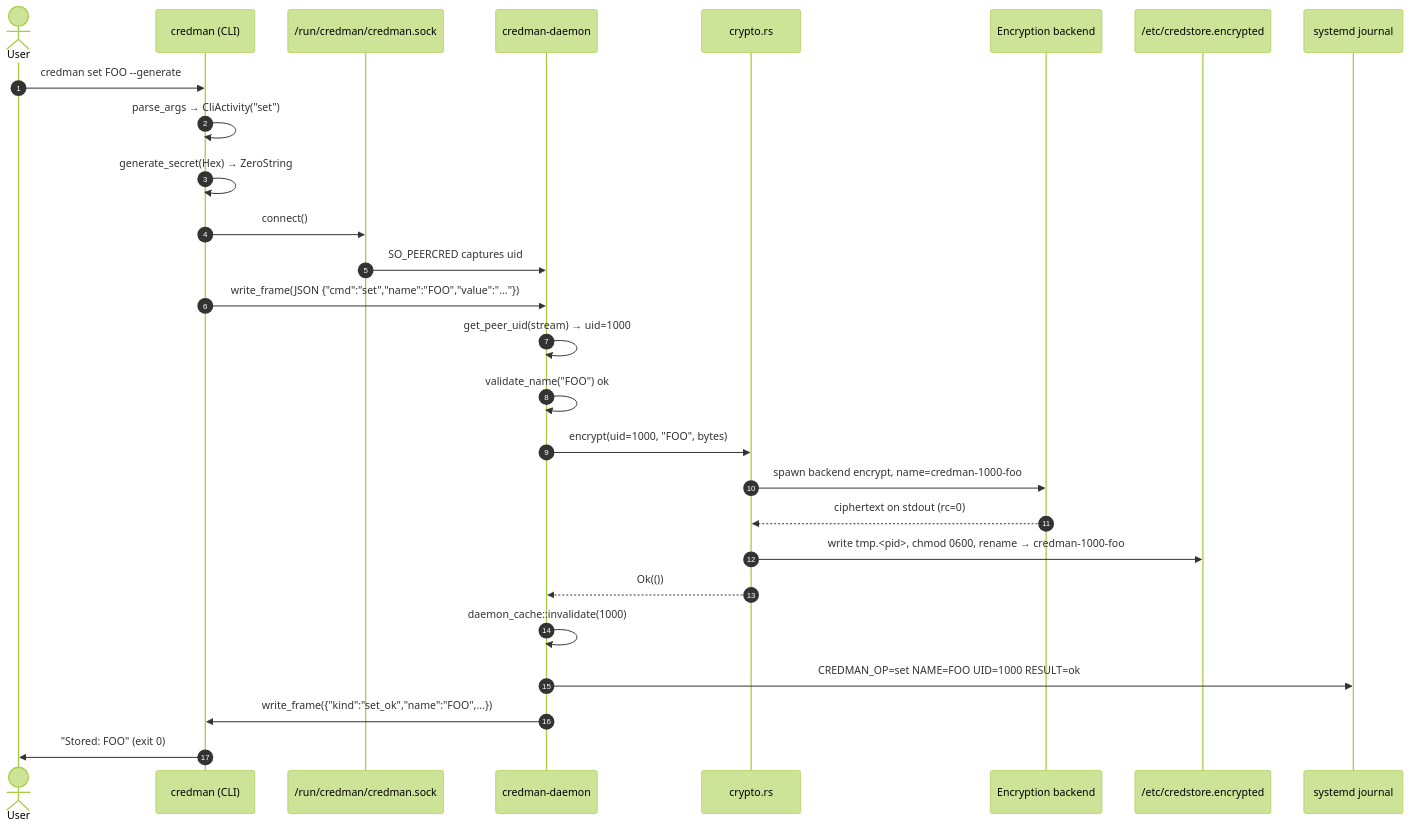
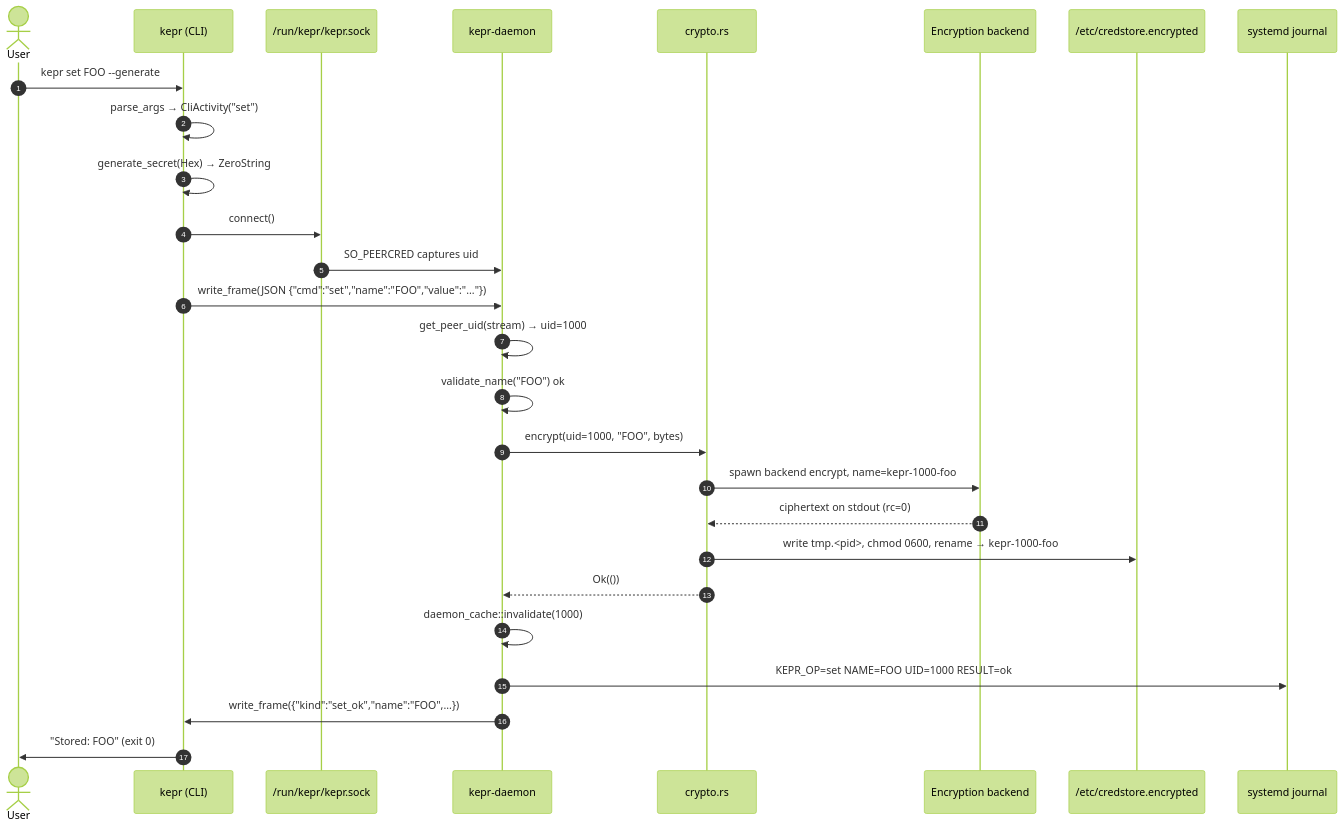
The second of 7 diagrams in DOCS.md (justdoGIT/kepr), drawn with Mermaid (forest theme) before and after one commit. The commit also changed other lines of this file and 4 other files, not shown here.

Commit message:
docs: rename root markdown to kepr

````diff
--- a/DOCS.md
+++ b/DOCS.md
@@ -253,30 +253,30 @@
 ```mermaid
 sequenceDiagram
     autonumber
     actor U as User
-    participant CLI as credman (CLI)
-    participant SOCK as /run/credman/credman.sock
-    participant D as credman-daemon
+    participant CLI as kepr (CLI)
+    participant SOCK as /run/kepr/kepr.sock
+    participant D as kepr-daemon
     participant CR as crypto.rs
     participant BE as Encryption backend
     participant FS as /etc/credstore.encrypted
     participant J as systemd journal
 
-    U->>CLI: credman set FOO --generate
+    U->>CLI: kepr set FOO --generate
     CLI->>CLI: parse_args → CliActivity("set")
     CLI->>CLI: generate_secret(Hex) → ZeroString
     CLI->>SOCK: connect()
     SOCK->>D: SO_PEERCRED captures uid
     CLI->>D: write_frame(JSON {"cmd":"set","name":"FOO","value":"..."})
     D->>D: get_peer_uid(stream) → uid=1000
     D->>D: validate_name("FOO") ok
     D->>CR: encrypt(uid=1000, "FOO", bytes)
-    CR->>BE: spawn backend encrypt, name=credman-1000-foo
+    CR->>BE: spawn backend encrypt, name=kepr-1000-foo
     BE-->>CR: ciphertext on stdout (rc=0)
-    CR->>FS: write tmp.<pid>, chmod 0600, rename → credman-1000-foo
+    CR->>FS: write tmp.<pid>, chmod 0600, rename → kepr-1000-foo
     CR-->>D: Ok(())
     D->>D: daemon_cache::invalidate(1000)
-    D->>J: CREDMAN_OP=set NAME=FOO UID=1000 RESULT=ok
+    D->>J: KEPR_OP=set NAME=FOO UID=1000 RESULT=ok
     D->>CLI: write_frame({"kind":"set_ok","name":"FOO",...})
     CLI->>U: "Stored: FOO"  (exit 0)
 ```
````
